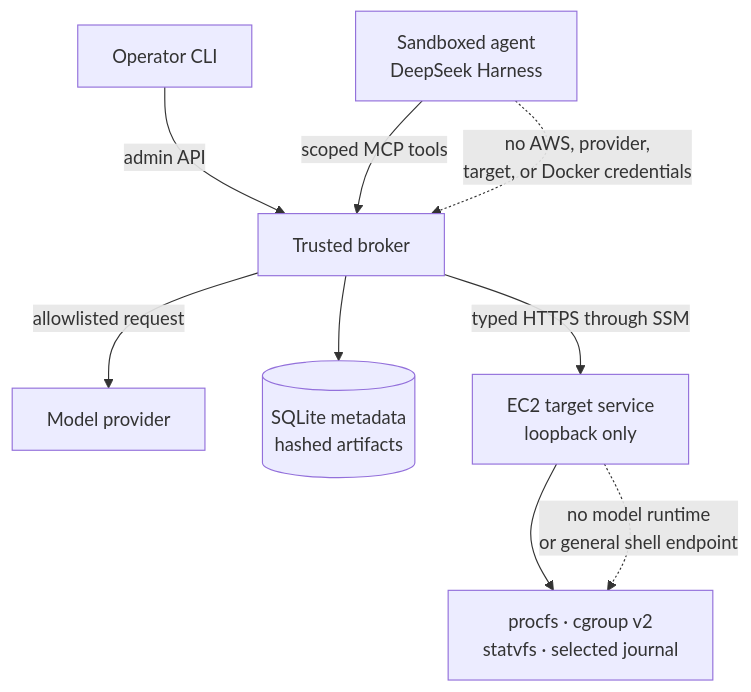
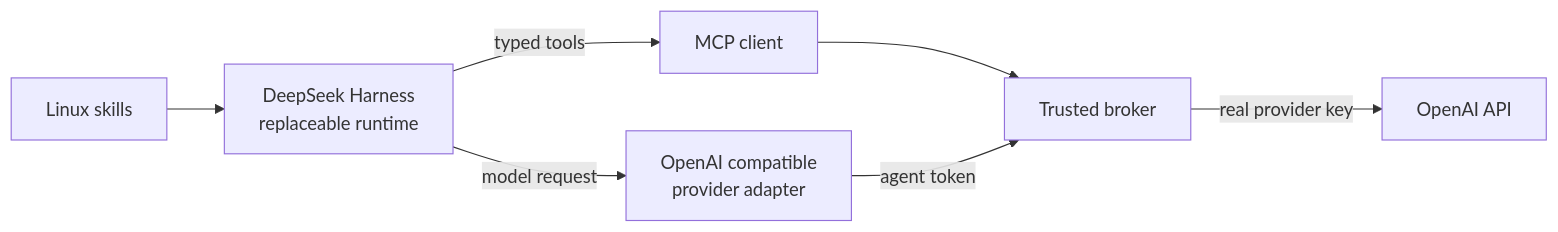
The second of 7 diagrams in docs/interview-presentation.md (Qingyu255/Linux-Oncall-Agent), drawn with Mermaid before and after one commit. The commit also changed other lines of this file and 1 other file, not shown here.

````diff
--- a/docs/interview-presentation.md
+++ b/docs/interview-presentation.md
@@ -24,12 +45,14 @@
 ```mermaid
-flowchart TB
-    O[Operator CLI] -->|admin API| B[Trusted broker]
-    H[Sandboxed agent<br/>DeepSeek Harness] -->|scoped MCP tools| B
-    B -->|allowlisted request| M[Model provider]
-    B --> E[(SQLite metadata<br/>hashed artifacts)]
-    B -->|typed HTTPS through SSM| T[EC2 target service<br/>loopback only]
-    T --> L[procfs · cgroup v2<br/>statvfs · selected journal]
+flowchart LR
+    D[DeepSeek Harness<br/>replaceable runtime]
+    S[Linux skills]
+    M[MCP client]
+    R[OpenAI compatible<br/>provider adapter]
+    B[Trusted broker]
+    O[OpenAI API]
 
-    H -. no AWS, provider,<br/>target, or Docker credentials .-> B
-    T -. no model runtime<br/>or general shell endpoint .-> L
+    S --> D
+    D -->|typed tools| M --> B
+    D -->|model request| R -->|agent token| B
+    B -->|real provider key| O
 ```
````
